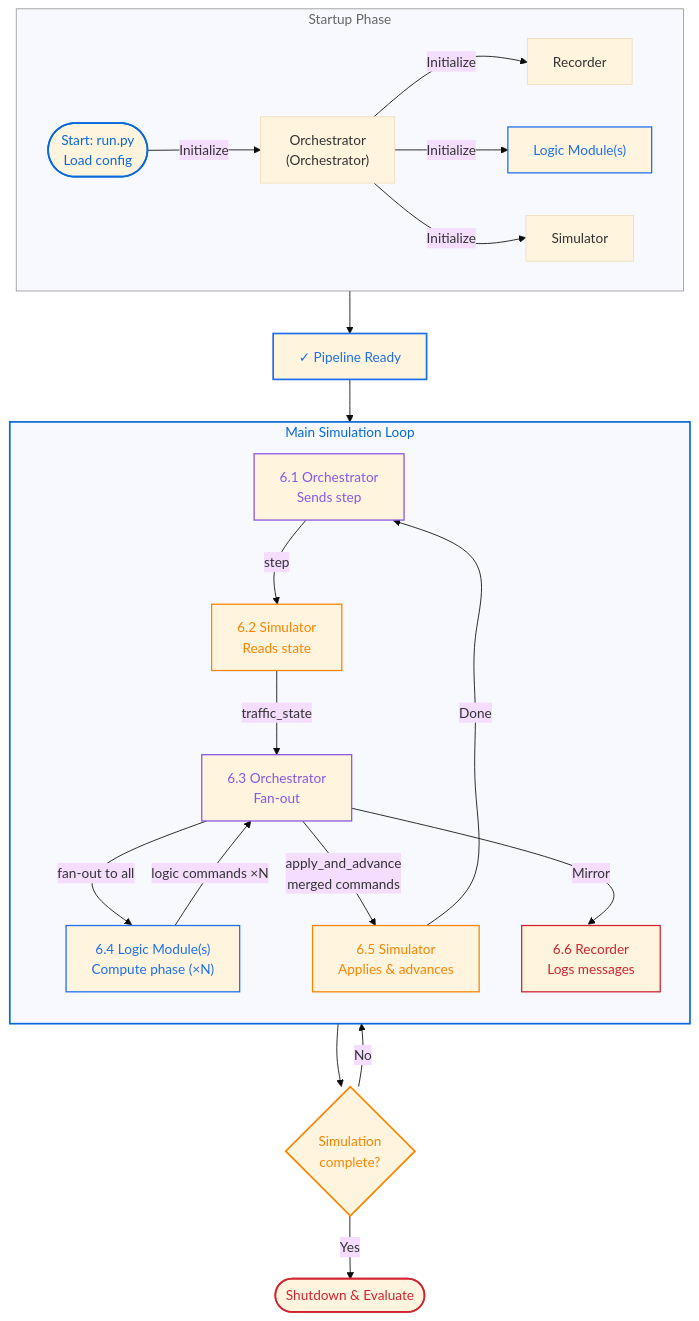
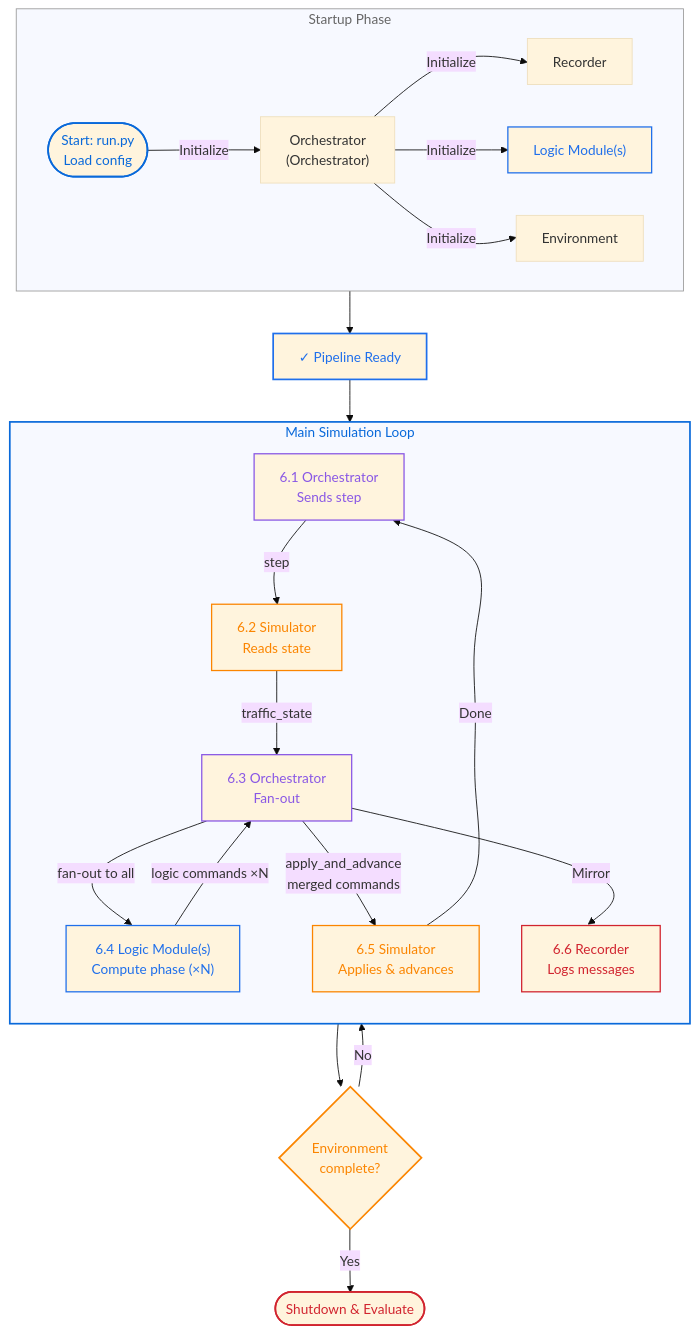
Before and after one commit to ivt-baug-ethz/fedora_platform: the second of 2 diagrams in README.md, drawn with Mermaid. The commit also changed other lines of this file and 14 other files, not shown here.

````diff
--- a/README.md
+++ b/README.md
@@ -171,54 +171,54 @@
 ```mermaid
 %%{init: {'flowchart': {'curve': 'natural'}, 'theme': 'base'}}%%
 graph TB
     Start(["Start: run.py<br/>Load config"])
 
     subgraph startup["Startup Phase"]
         direction LR
         Start -->|Initialize| Con["Orchestrator<br/>(Orchestrator)"]
         Con -->|Initialize| Rec["Recorder"]
         Con -->|Initialize| LMs["Logic Module(s)"]
-        Con -->|Initialize| Sim["Simulator"]
+        Con -->|Initialize| Sim["Environment"]
     end
 
     startup --> Ready["✓ Pipeline Ready"]
 
     subgraph loop["Main Simulation Loop"]
         direction TB
         Con0["6.1 Orchestrator<br/>Sends step"]
         Sim1["6.2 Simulator<br/>Reads state"]
         Con1["6.3 Orchestrator<br/>Fan-out"]
         LM1["6.4 Logic Module(s)<br/>Compute phase (×N)"]
         Sim2["6.5 Simulator<br/>Applies & advances"]
         Rec1["6.6 Recorder<br/>Logs messages"]
 
         Con0 -->|step| Sim1
         Sim1 -->|traffic_state| Con1
         Con1 -->|fan-out to all| LM1
         LM1 -->|logic commands ×N| Con1
         Con1 -->|apply_and_advance<br/>merged commands| Sim2
         Con1 -->|Mirror| Rec1
         Sim2 -->|Done| Con0
     end
 
     Ready --> loop
-    Sim2 --> Check{Simulation<br/>complete?}
+    Sim2 --> Check{Environment<br/>complete?}
 
     Check -->|No| Con0
     Check -->|Yes| End(["Shutdown & Evaluate"])
 
     %% Styling: no fill, colors adapt to theme
     style Start stroke:#0969da,stroke-width:2px,color:#0969da
     style Ready stroke:#1f6feb,stroke-width:2px,color:#1f6feb
     style Con0 stroke:#8957e5,stroke-width:1.5px,color:#8957e5
     style Sim1 stroke:#fb8500,stroke-width:1.5px,color:#fb8500
     style Sim2 stroke:#fb8500,stroke-width:1.5px,color:#fb8500
     style Con1 stroke:#8957e5,stroke-width:1.5px,color:#8957e5
     style LM1 stroke:#1f6feb,stroke-width:1.5px,color:#1f6feb
     style LMs stroke:#1f6feb,stroke-width:1.5px,color:#1f6feb
     style Rec1 stroke:#d1242f,stroke-width:1.5px,color:#d1242f
     style Check stroke:#fb8500,stroke-width:2px,color:#fb8500
     style End stroke:#d1242f,stroke-width:2px,color:#d1242f
     style startup stroke:#999,stroke-width:1px,color:#666
     style loop stroke:#0969da,stroke-width:2px,color:#0969da
 ```
````
